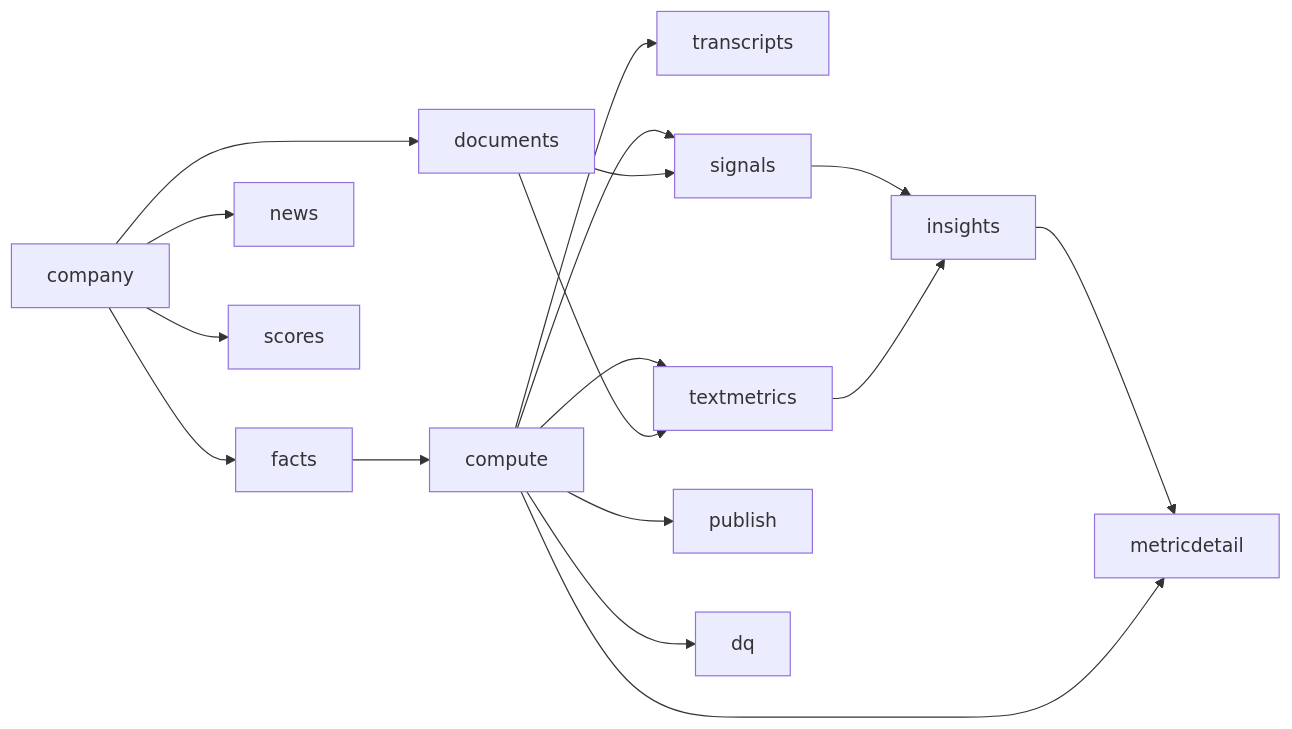
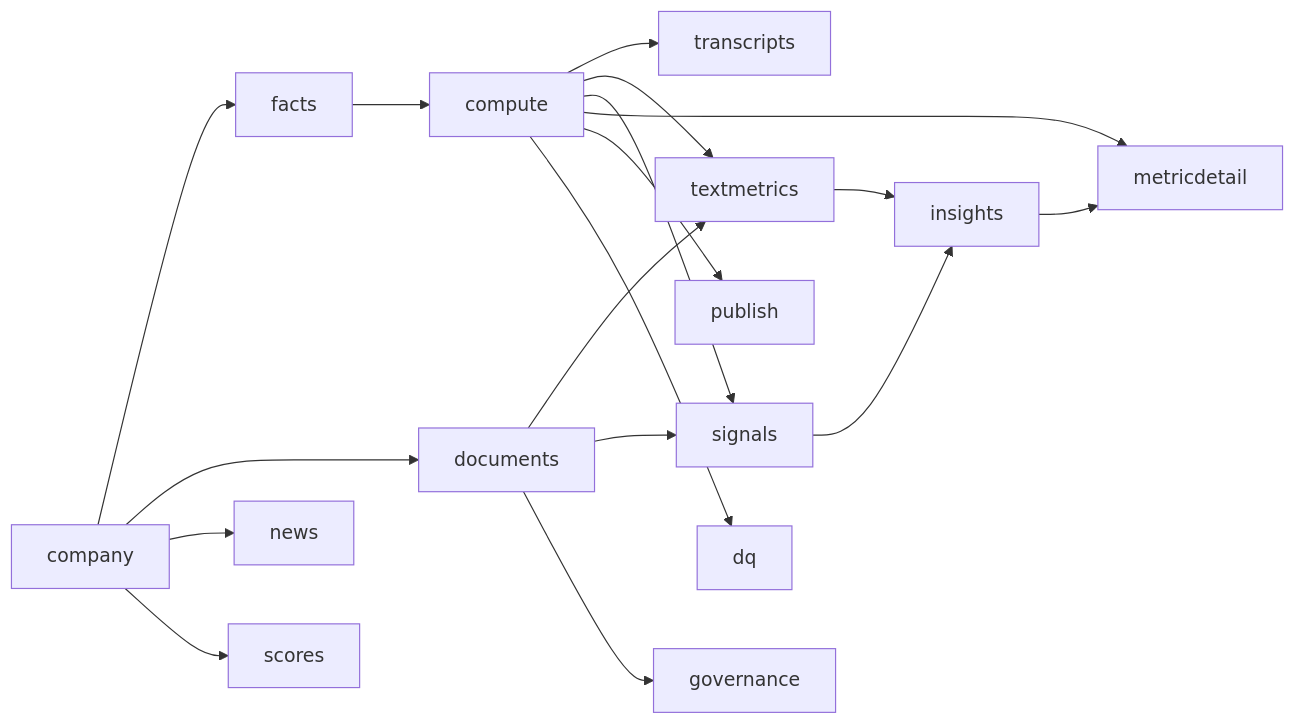
The second of 2 diagrams in docs/TECHNICAL.md (jiehuan/prof360), drawn with Mermaid before and after one commit. The commit also changed other lines of this file and 64 other files, not shown here.

````diff
--- a/docs/TECHNICAL.md
+++ b/docs/TECHNICAL.md
@@ -71,18 +71,19 @@
 ```mermaid
 flowchart LR
   company --> facts --> compute
   company --> documents
   company --> news
   company --> scores
   compute --> transcripts
   compute --> textmetrics
   documents --> textmetrics
   compute --> signals
   documents --> signals
+  documents --> governance
   signals --> insights
   textmetrics --> insights
   insights --> metricdetail
   compute --> metricdetail
   compute --> publish
   compute --> dq
 ```
````
